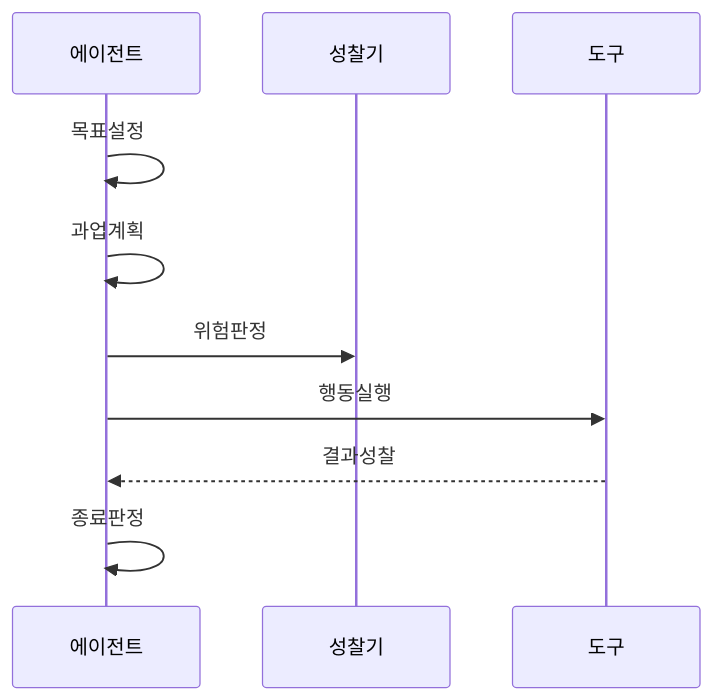
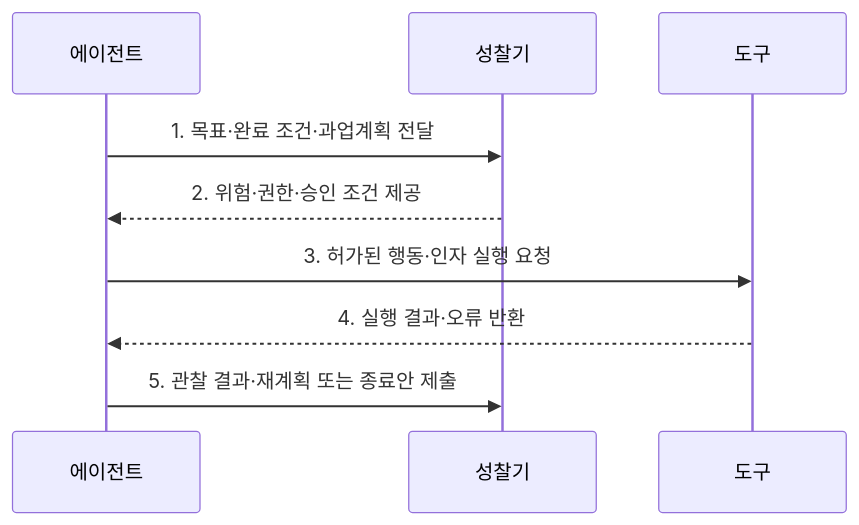
One commit to agnusdei1207/knowledge-base changed the second of 2 diagrams in src/content/docs/notes/08-latest-tech/002_agentic_ai.md. Above: the diagram before and after it, drawn with Mermaid. The commit also changed other lines of this file and 9 other files, not shown here.

````diff
--- a/src/content/docs/notes/08-latest-tech/002_agentic_ai.md
+++ b/src/content/docs/notes/08-latest-tech/002_agentic_ai.md
@@ -69,12 +76,11 @@
 ```mermaid
 sequenceDiagram
     participant A as 에이전트
     participant R as 성찰기
     participant T as 도구
-    A->>A: 목표설정
-    A->>A: 과업계획
-    A->>R: 위험판정
-    A->>T: 행동실행
-    T-->>A: 결과성찰
-    A->>A: 종료판정
+    A->>R: 1. 목표·완료 조건·과업계획 전달
+    R-->>A: 2. 위험·권한·승인 조건 제공
+    A->>T: 3. 허가된 행동·인자 실행 요청
+    T-->>A: 4. 실행 결과·오류 반환
+    A->>R: 5. 관찰 결과·재계획 또는 종료안 제출
 ```
````
